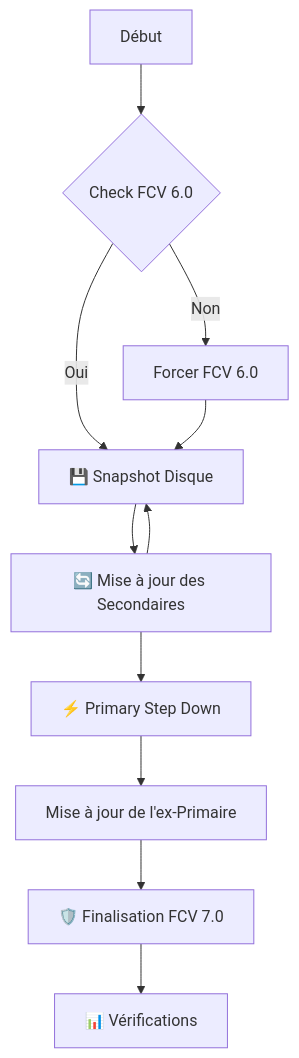
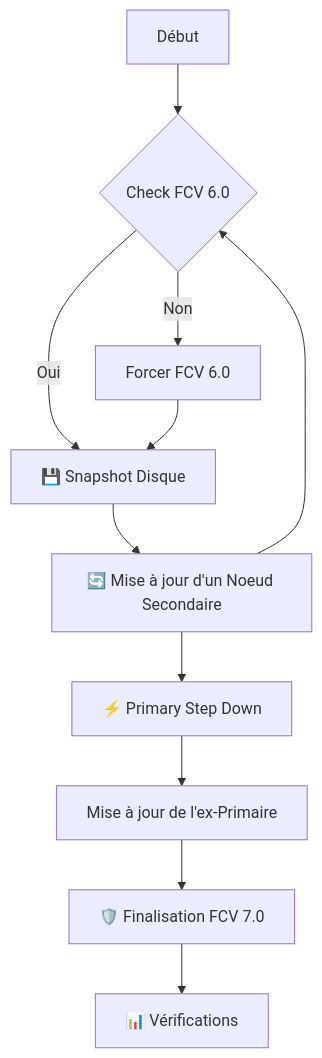
Before and after one commit to jmrenouard/dbscripts: the diagram in documentation/MongoDB/mongodb_update_fr.md, drawn with Mermaid.

Commit message:
Update secondary node update step in MongoDB doc

````diff
--- a/documentation/MongoDB/mongodb_update_fr.md
+++ b/documentation/MongoDB/mongodb_update_fr.md
@@ -9,12 +9,12 @@
 ```mermaid
 graph TD  
     A[Début] --> B{Check FCV 6.0}  
     B -- Non --> C[Forcer FCV 6.0]  
     B -- Oui --> D[💾 Snapshot Disque]  
     C --> D  
-    D --> E[🔄 Mise à jour des Secondaires]  --> D
+    D --> E[🔄 Mise à jour d'un Noeud Secondaire]  --> B
     E --> F[⚡ Primary Step Down]  
     F --> G[Mise à jour de l'ex-Primaire]  
     G --> H[🛡️ Finalisation FCV 7.0]  
     H --> I[📊 Vérifications]
 ```
````
